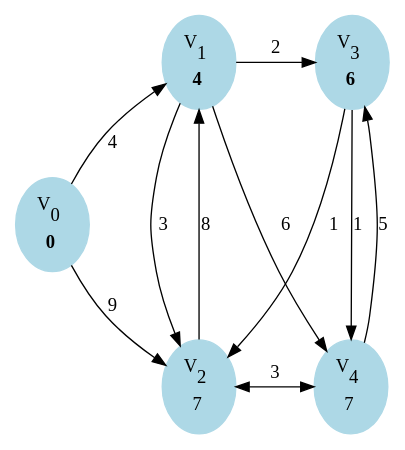
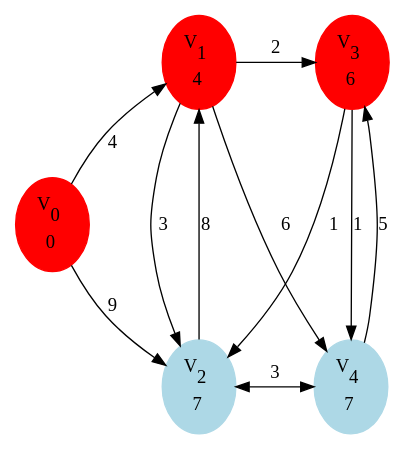
Before and after one commit to dwysocki/ai-programming1: the diagram in exercises/graphviz/a2e7_d.dot, drawn with Graphviz. The commit also changed 19 other files, not shown here.

Commit message:
Improved notation in Dijkstra graphs

```diff
--- a/exercises/graphviz/a2e7_d.dot
+++ b/exercises/graphviz/a2e7_d.dot
@@ -1,58 +1,61 @@
 /* Chapter 2 Exercise 7 Graph (b) */
 digraph dijkstra {
   size = "10,10";
   rankdir = TB;
   node [color=lightblue, style=filled];
 
   "V0" [
-    label = <V<SUB>0</SUB> <BR/><BR/><B>0</B>>
+    label = <V<SUB>0</SUB> <BR/><BR/>0>
+    color = red
   ];
   "V1" [
-    label = <V<SUB>1</SUB> <BR/><BR/><B>4</B>>
+    label = <V<SUB>1</SUB> <BR/><BR/>4>
+    color = red
   ];
   "V2" [
     label = <V<SUB>2</SUB> <BR/><BR/>7>
   ];
   "V3" [
-    label = <V<SUB>3</SUB> <BR/><BR/><B>6</B>>
+    label = <V<SUB>3</SUB> <BR/><BR/>6>
+    color = red
   ];
   "V4" [
     label = <V<SUB>4</SUB> <BR/><BR/>7>
   ];
 
   {rank=min; "V1" "V3"}
   {rank=same; "V0"}
   {rank=max; "V2" "V4"}
 
   "V0" -> "V1" [
     label = 4
   ];
   "V0" -> "V2" [
     label = 9
   ];
   "V1" -> "V2" [
     label = 3
   ];
   "V2" -> "V1" [
     label = 8
   ];
   "V1" -> "V3" [
     label = 2
   ];
   "V1" -> "V4" [
     label = 6
   ];
   "V2" -> "V4" [
     label = 3
     dir = both
   ];
   "V3" -> "V2" [
     label = 1
   ];
   "V3" -> "V4" [
     label = 1
   ];
   "V4" -> "V3" [
     label = 5
   ];
 }
```
